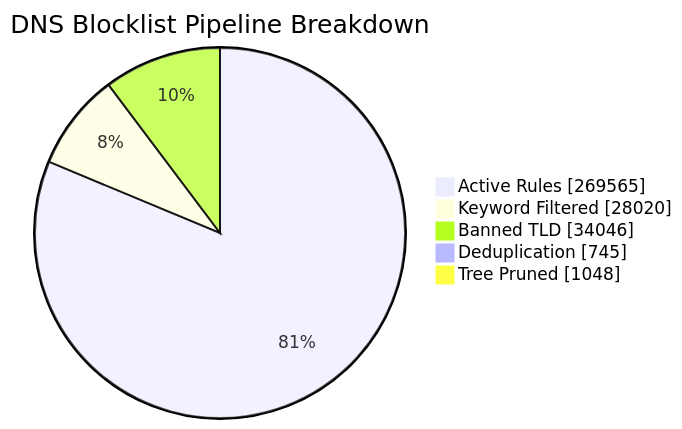
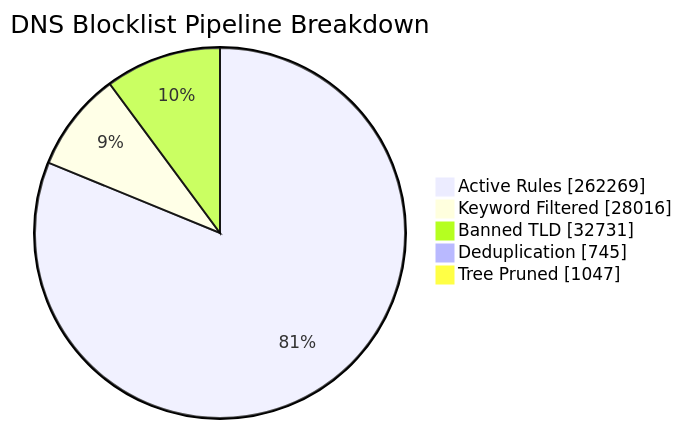
One commit to brojangles24/Cloudflare-ZeroTrust-AdBlock changed the first of 6 diagrams in README_STATS.md. Above: the diagram before and after it, drawn with Mermaid. The commit also changed other lines of this file and 1 other file, not shown here.

````diff
--- a/README_STATS.md
+++ b/README_STATS.md
@@ -41,8 +41,8 @@
 ```mermaid
 pie showData title DNS Blocklist Pipeline Breakdown
-    "Active Rules"     : 269565
-    "Keyword Filtered" : 28020
-    "Banned TLD"       : 34046
+    "Active Rules"     : 262269
+    "Keyword Filtered" : 28016
+    "Banned TLD"       : 32731
     "Deduplication"    : 745
-    "Tree Pruned"      : 1048
+    "Tree Pruned"      : 1047
 ```
````
